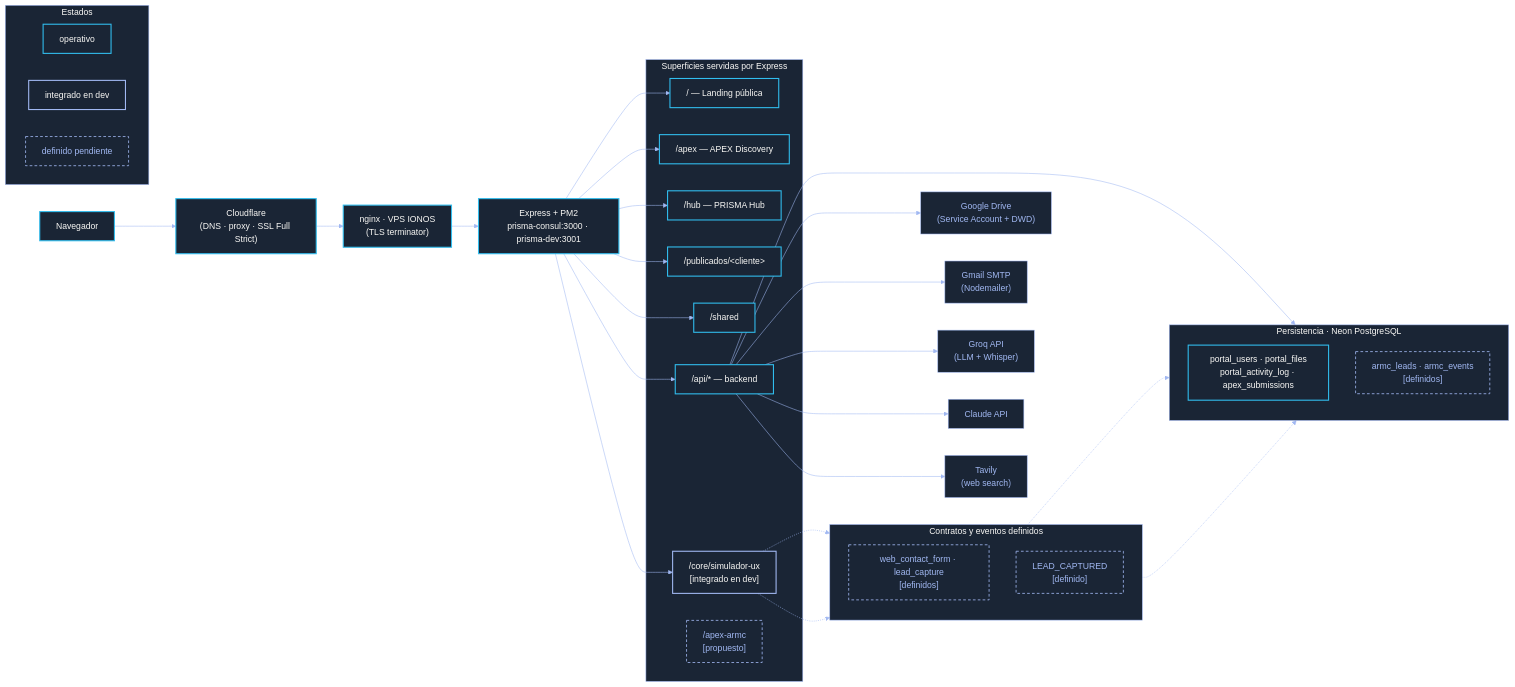
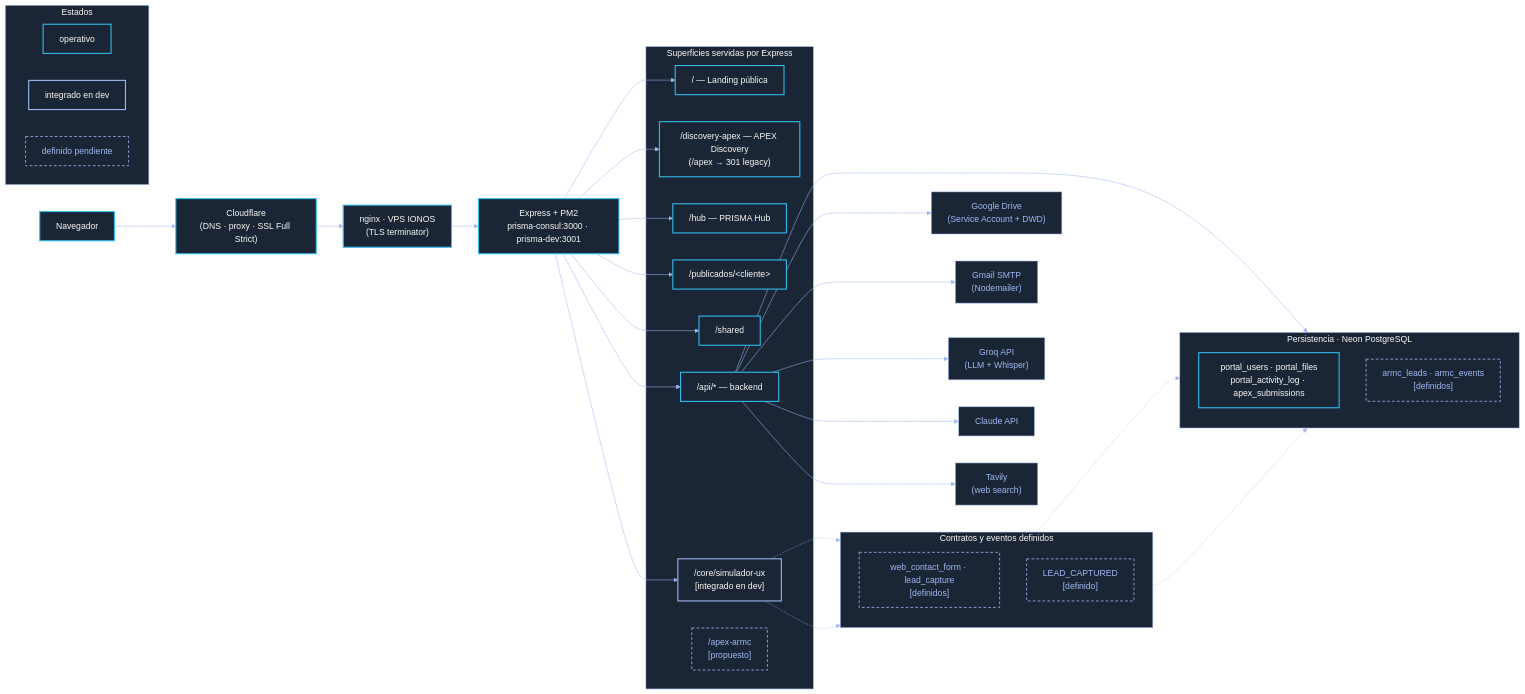
One commit to adminmc2/prisma_consul changed the diagram in docs/ARQUITECTURA.md. Above: the diagram before and after it, drawn with Mermaid. The commit also changed other lines of this file and 12 other files, not shown here.

````diff
--- a/docs/ARQUITECTURA.md
+++ b/docs/ARQUITECTURA.md
@@ -59,71 +59,71 @@
 ```mermaid
 %%{init: {'theme':'base','themeVariables':{
   'background':'#101B2C',
   'primaryColor':'#1a2535',
   'primaryTextColor':'#FAF9F6',
   'primaryBorderColor':'#31BEEF',
   'secondaryColor':'#1a2535',
   'secondaryTextColor':'#A1B8F2',
   'secondaryBorderColor':'#A1B8F2',
   'tertiaryColor':'#1a2535',
   'tertiaryTextColor':'#FAF9F6',
   'tertiaryBorderColor':'#A1B8F2',
   'lineColor':'#A1B8F2',
   'fontFamily':'Quicksand, Source Sans 3, sans-serif'
 }}}%%
 flowchart LR
     classDef op       fill:#1a2535,stroke:#31BEEF,stroke-width:2px,color:#FAF9F6
     classDef dev      fill:#1a2535,stroke:#A1B8F2,stroke-width:2px,color:#FAF9F6
     classDef pending  fill:#1a2535,stroke:#A1B8F2,stroke-width:1.5px,stroke-dasharray:5 4,color:#A1B8F2
     classDef ext      fill:#1a2535,stroke:#A1B8F2,color:#A1B8F2
 
     Browser["Navegador"]:::op
     CF["Cloudflare<br/>(DNS · proxy · SSL Full Strict)"]:::op
     NGINX["nginx · VPS IONOS<br/>(TLS terminator)"]:::op
     EXPRESS["Express + PM2<br/>prisma-consul:3000 · prisma-dev:3001"]:::op
 
     subgraph SURFACES["Superficies servidas por Express"]
       ROOT["/ — Landing pública"]:::op
-      APEX["/apex — APEX Discovery"]:::op
+      APEX["/discovery-apex — APEX Discovery<br/>(/apex → 301 legacy)"]:::op
       HUB["/hub — PRISMA Hub"]:::op
       PUB["/publicados/&lt;cliente&gt;"]:::op
       SHARED["/shared"]:::op
       API["/api/* — backend"]:::op
       SIM["/core/simulador-ux<br/>[integrado en dev]"]:::dev
       APEXARMC["/apex-armc<br/>[propuesto]"]:::pending
     end
 
     subgraph PERSIST["Persistencia · Neon PostgreSQL"]
       direction TB
       OPDB["portal_users · portal_files<br/>portal_activity_log · apex_submissions"]:::op
       DEFDB["armc_leads · armc_events<br/>[definidos]"]:::pending
     end
 
     subgraph CTR["Contratos y eventos definidos"]
       direction TB
       FORMS["web_contact_form · lead_capture<br/>[definidos]"]:::pending
       EVT["LEAD_CAPTURED<br/>[definido]"]:::pending
     end
 
     DRIVE["Google Drive<br/>(Service Account + DWD)"]:::ext
     GMAIL["Gmail SMTP<br/>(Nodemailer)"]:::ext
     GROQ["Groq API<br/>(LLM + Whisper)"]:::ext
     CLAUDEA["Claude API"]:::ext
     TAVILY["Tavily<br/>(web search)"]:::ext
 
     Browser --> CF --> NGINX --> EXPRESS
     EXPRESS --> ROOT & APEX & HUB & PUB & SHARED & API & SIM
     API --> OPDB
     API --> DRIVE & GMAIL & GROQ & CLAUDEA & TAVILY
     SIM -.-> FORMS
     SIM -.-> EVT
     FORMS -.-> DEFDB
     EVT -.-> DEFDB
 
     subgraph LEYENDA["Estados"]
       direction LR
       LOP["operativo"]:::op
       LDEV["integrado en dev"]:::dev
       LDEF["definido pendiente"]:::pending
     end
 ```
````
